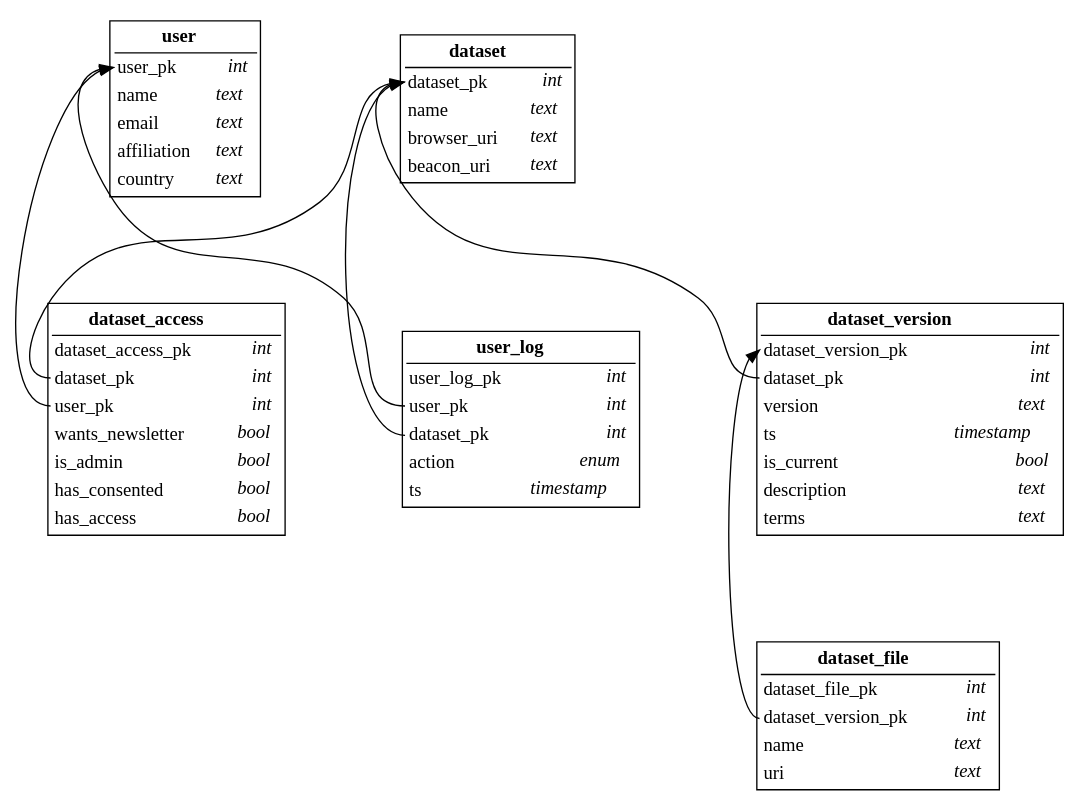
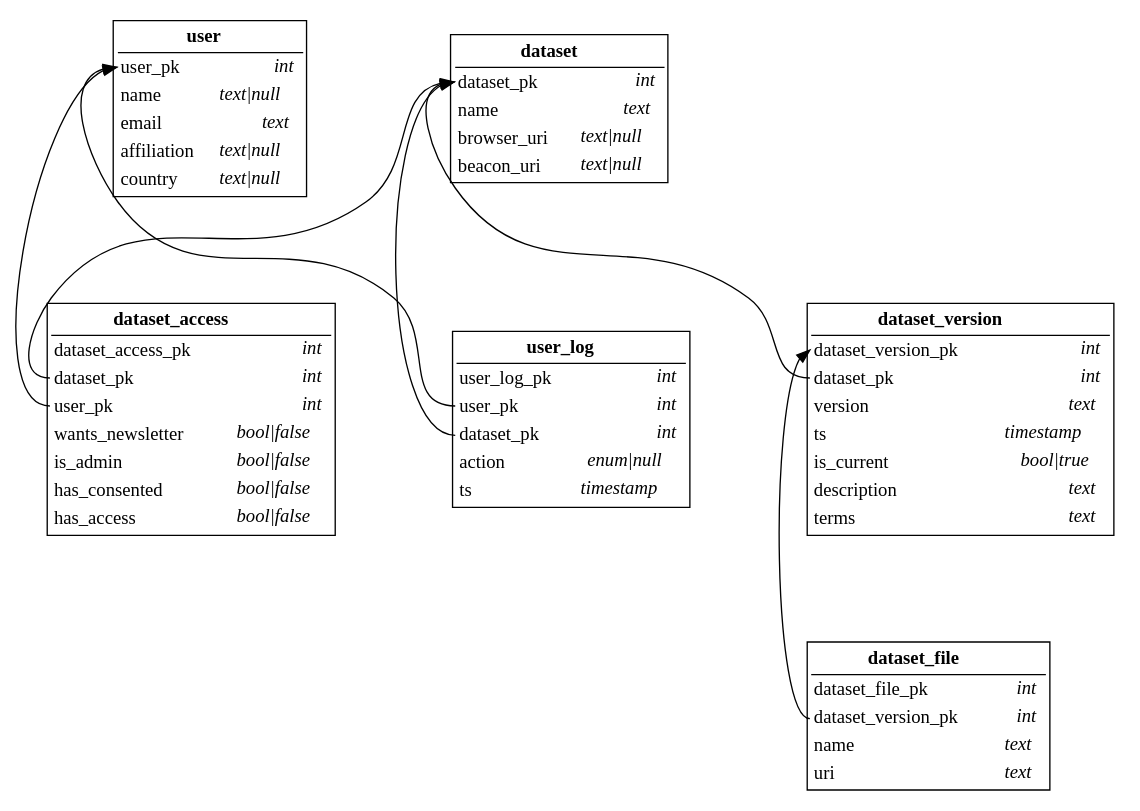
The diagram in sql/schema.dot (NBISweden/swefreq), drawn with Graphviz before and after one commit.

Commit message:
Adds default values to the schema overview picture

```diff
--- a/sql/schema.dot
+++ b/sql/schema.dot
@@ -1,76 +1,76 @@
 digraph {
     ranksep=1 nodesep=1 rankdir=BT
     node [ shape = none ]
     /*
     subgraph cluster0 {
         user_log_old [ label="{user_log|pk\lemail\laction\lts\l}" ]
         users_old [ label="{users|pk\lusername\lemail\ldownload_count\lswefreq_admin\laffiliation\lfull_user\lcreate_date\lcountry\lnewsletter\l}" ]
         label = "Old schema"
     }
     */
         user [ label=<<table border="1" cellborder="0" align="left">
             <tr><td border="1" sides="b" colspan="2"><b>user</b></td></tr>
             <tr><td align="left" port="pk">user_pk</td><td align="right"><i>int</i></td></tr>
-            <tr><td align="left">name</td><td align="right"><i>text</i></td></tr>
+            <tr><td align="left">name</td><td align="right"><i>text|null</i></td></tr>
             <tr><td align="left" port="email">email</td><td align="right"><i>text</i></td></tr>
-            <tr><td align="left">affiliation</td><td align="right"><i>text</i></td></tr>
-            <tr><td align="left">country</td><td align="right"><i>text</i></td></tr>
+            <tr><td align="left">affiliation</td><td align="right"><i>text|null</i></td></tr>
+            <tr><td align="left">country</td><td align="right"><i>text|null</i></td></tr>
             </table>> ];
 
         dataset [ label=<<table border="1" cellborder="0">
             <tr><td border="1" sides="b" colspan="2"><b>dataset</b></td></tr>
             <tr><td align="left" port="pk">dataset_pk</td><td align="right"><i>int</i></td></tr>
             <tr><td align="left">name</td>                <td align="right"><i>text</i></td></tr>
-            <tr><td align="left">browser_uri</td>         <td align="right"><i>text</i></td></tr>
-            <tr><td align="left">beacon_uri</td>          <td align="right"><i>text</i></td></tr>
+            <tr><td align="left">browser_uri</td>         <td align="right"><i>text|null</i></td></tr>
+            <tr><td align="left">beacon_uri</td>          <td align="right"><i>text|null</i></td></tr>
             </table>> ];
 
         user_log [ label=<<table border="1" cellborder="0">
             <tr><td border="1" sides="b" colspan="2"><b>user_log</b></td></tr>
             <tr><td align="left" port="user_log_pk">user_log_pk</td><td align="right"><i>int</i></td></tr>
             <tr><td align="left" port="user_pk">user_pk</td><td align="right"><i>int</i></td></tr>
             <tr><td align="left" port="dataset">dataset_pk</td><td align="right"><i>int</i></td></tr>
-            <tr><td align="left">action</td><td align="right"><i>enum</i></td></tr>
+            <tr><td align="left">action</td><td align="right"><i>enum|null</i></td></tr>
             <tr><td align="left">ts</td><td align="right"><i>timestamp</i></td></tr>
             </table>> ];
 
         dataset_access [ label=<<table border="1" cellborder="0">
             <tr><td border="1" sides="b" colspan="2"><b>dataset_access</b></td></tr>
             <tr><td align="left">dataset_access_pk</td><td align="right"><i>int</i></td></tr>
             <tr><td align="left" port="dataset">dataset_pk</td><td align="right"><i>int</i></td></tr>
             <tr><td align="left" port="user">user_pk</td><td align="right"><i>int</i></td></tr>
-            <tr><td align="left">wants_newsletter</td><td align="right"><i>bool</i></td></tr>
-            <tr><td align="left">is_admin</td><td align="right"><i>bool</i></td></tr>
-            <tr><td align="left">has_consented</td><td align="right"><i>bool</i></td></tr>
-            <tr><td align="left">has_access</td><td align="right"><i>bool</i></td></tr>
+            <tr><td align="left">wants_newsletter</td><td align="right"><i>bool|false</i></td></tr>
+            <tr><td align="left">is_admin</td><td align="right"><i>bool|false</i></td></tr>
+            <tr><td align="left">has_consented</td><td align="right"><i>bool|false</i></td></tr>
+            <tr><td align="left">has_access</td><td align="right"><i>bool|false</i></td></tr>
             </table>> ];
 
 
         dataset_version [ label=<<table border="1" cellborder="0">
             <tr><td border="1" sides="b" colspan="2"><b>dataset_version</b></td></tr>
             <tr><td align="left" port="pk">dataset_version_pk</td><td align="right"><i>int</i></td></tr>
             <tr><td align="left" port="dataset">dataset_pk</td><td align="right"><i>int</i></td></tr>
             <tr><td align="left">version</td><td align="right"><i>text</i></td></tr>
             <tr><td align="left">ts</td><td align="right"><i>timestamp</i></td></tr>
-            <tr><td align="left">is_current</td><td align="right"><i>bool</i></td></tr>
+            <tr><td align="left">is_current</td><td align="right"><i>bool|true</i></td></tr>
             <tr><td align="left">description</td><td align="right"><i>text</i></td></tr>
             <tr><td align="left">terms</td><td align="right"><i>text</i></td></tr>
             </table>> ];
 
         dataset_file [ label=<<table border="1" cellborder="0">
             <tr><td border="1" sides="b" colspan="2"><b>dataset_file</b></td></tr>
             <tr><td align="left" port="pk">dataset_file_pk</td><td align="right"><i>int</i></td></tr>
             <tr><td align="left" port="dv">dataset_version_pk</td><td align="right"><i>int</i></td></tr>
             <tr><td align="left">name</td><td align="right"><i>text</i></td></tr>
             <tr><td align="left">uri</td><td align="right"><i>text</i></td></tr>
             </table>> ];
     
 
         user_log:user_pk -> user:pk;
         dataset_access:user -> user:pk
         dataset_access:dataset -> dataset:pk
         dataset_version:dataset -> dataset:pk
         dataset_file:dv -> dataset_version:pk
         user_log:dataset -> dataset:pk
 
 }
```
